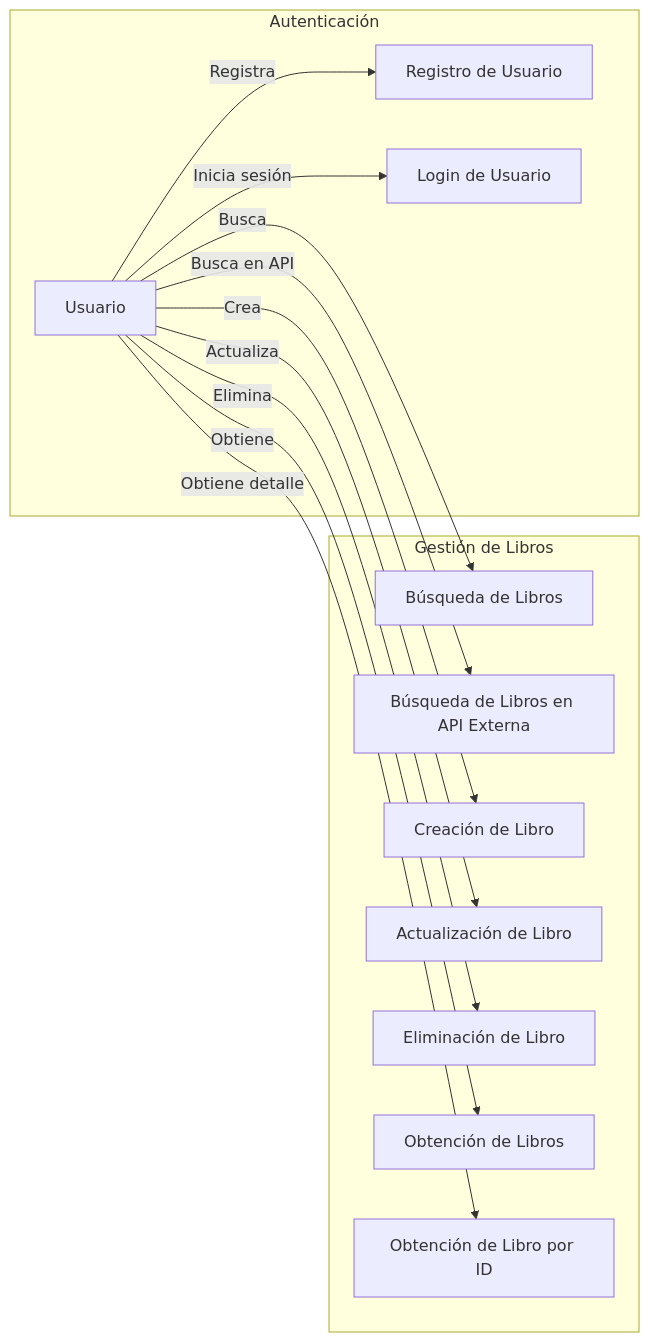
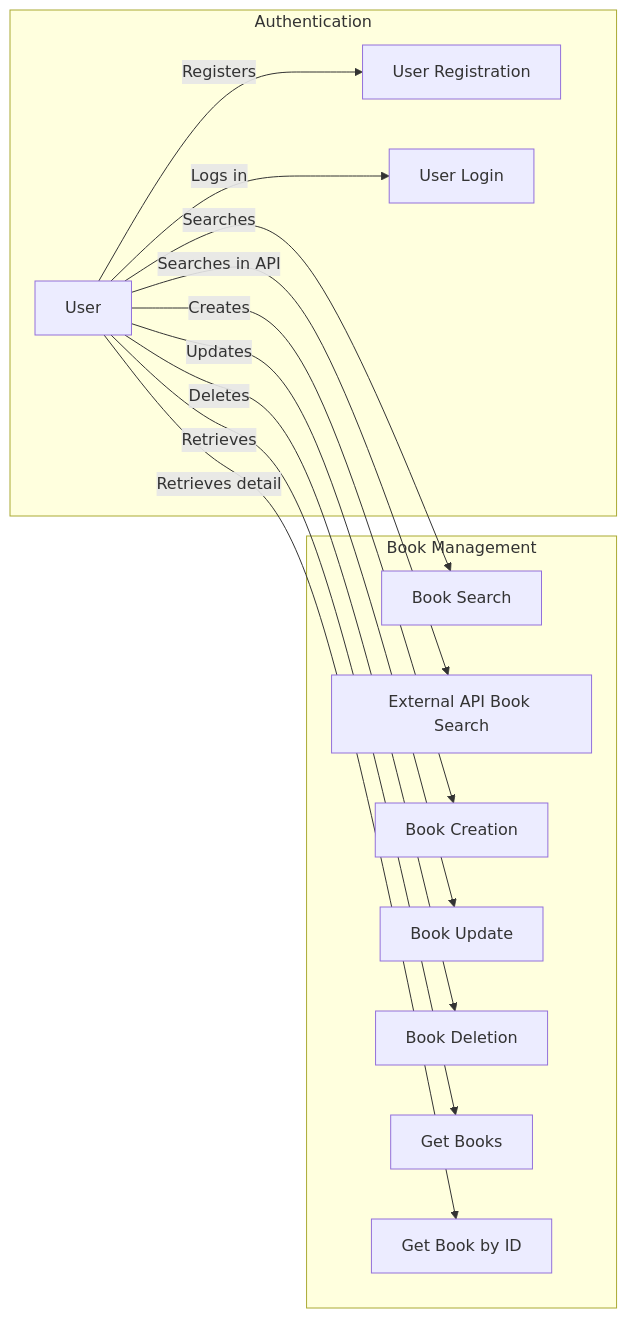
The second of 3 diagrams in README.md (Alexis077/clean_architecture_demo), drawn with Mermaid before and after one commit. The commit also changed other lines of this file, not shown here.

````diff
--- a/README.md
+++ b/README.md
@@ -143,17 +143,17 @@
 ```mermaid
 graph LR
-    subgraph "Autenticación"
-        A[Usuario] -->|Registra| B[Registro de Usuario]
-        A -->|Inicia sesión| C[Login de Usuario]
+    subgraph "Authentication"
+        A[User] -->|Registers| B[User Registration]
+        A -->|Logs in| C[User Login]
     end
     
-    subgraph "Gestión de Libros"
-        A -->|Busca| D[Búsqueda de Libros]
-        A -->|Busca en API| E[Búsqueda de Libros en API Externa]
-        A -->|Crea| F[Creación de Libro]
-        A -->|Actualiza| G[Actualización de Libro]
-        A -->|Elimina| H[Eliminación de Libro]
-        A -->|Obtiene| I[Obtención de Libros]
-        A -->|Obtiene detalle| J[Obtención de Libro por ID]
+    subgraph "Book Management"
+        A -->|Searches| D[Book Search]
+        A -->|Searches in API| E[External API Book Search]
+        A -->|Creates| F[Book Creation]
+        A -->|Updates| G[Book Update]
+        A -->|Deletes| H[Book Deletion]
+        A -->|Retrieves| I[Get Books]
+        A -->|Retrieves detail| J[Get Book by ID]
     end
 ```
````
